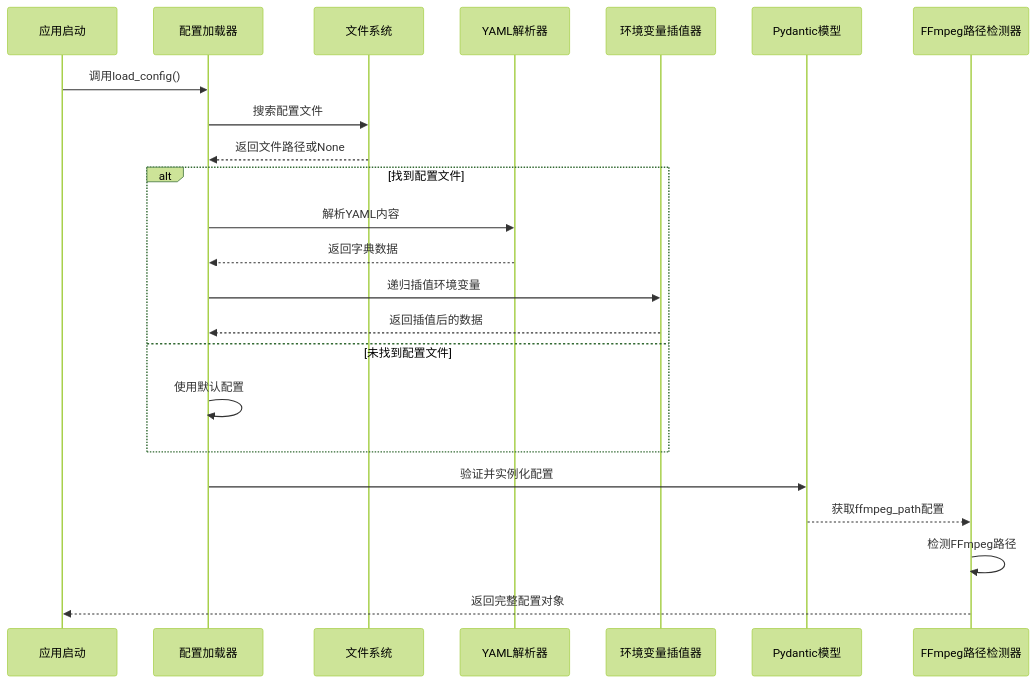
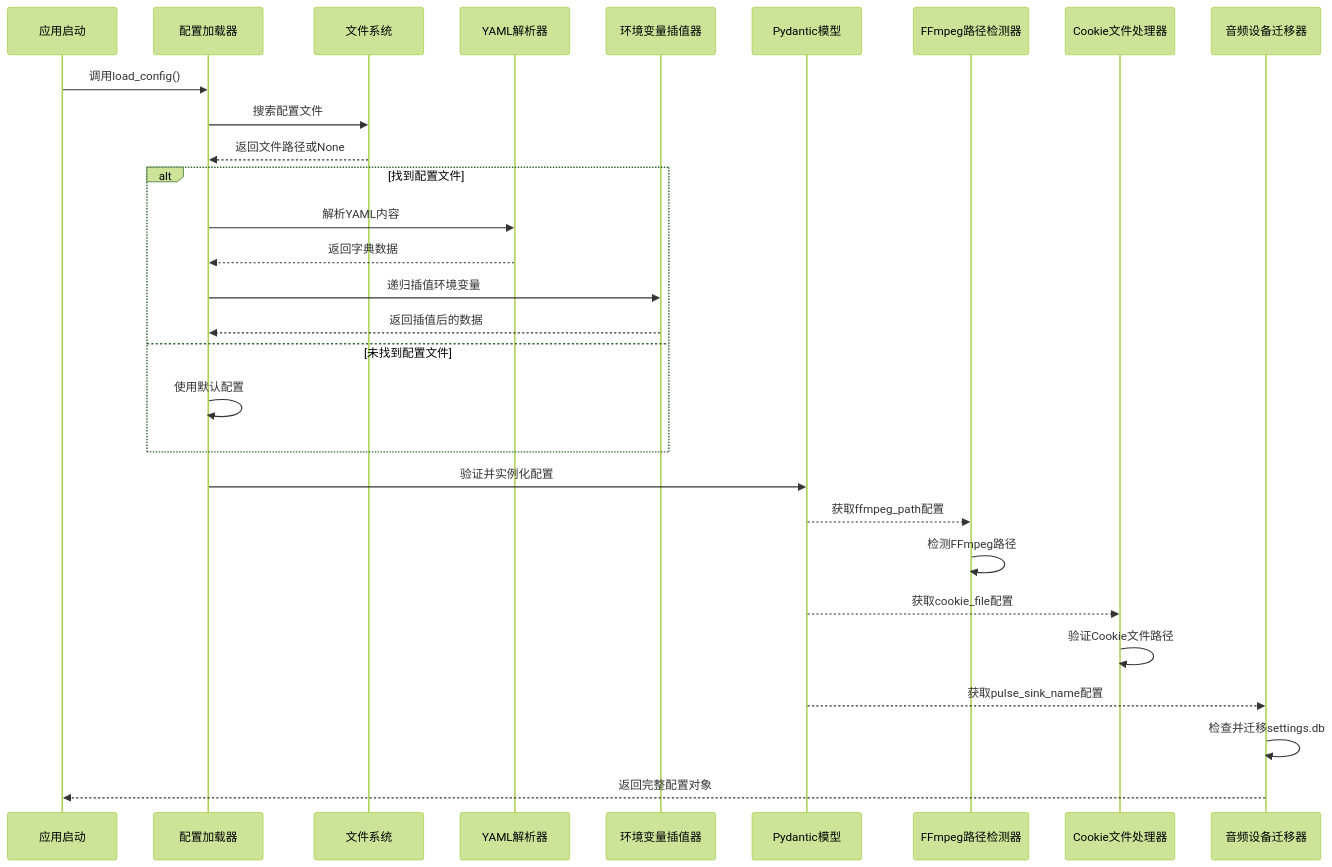
Before and after one commit to GhoulOwl/Teamspeak3_Bot: the fifth of 9 diagrams in .qoder/repowiki/zh/content/配置管理.md, drawn with Mermaid (forest theme). The commit also changed other lines of this file and 13 other files, not shown here.

````diff
--- a/.qoder/repowiki/zh/content/配置管理.md
+++ b/.qoder/repowiki/zh/content/配置管理.md
@@ -243,25 +277,31 @@
 ```mermaid
 sequenceDiagram
 participant App as 应用启动
 participant Loader as 配置加载器
 participant FS as 文件系统
 participant YAML as YAML解析器
 participant Interp as 环境变量插值器
 participant Model as Pydantic模型
 participant Detector as FFmpeg路径检测器
+participant CookieProc as Cookie文件处理器
+participant Migration as 音频设备迁移器
 App->>Loader : 调用load_config()
 Loader->>FS : 搜索配置文件
 FS-->>Loader : 返回文件路径或None
 alt 找到配置文件
 Loader->>YAML : 解析YAML内容
 YAML-->>Loader : 返回字典数据
 Loader->>Interp : 递归插值环境变量
 Interp-->>Loader : 返回插值后的数据
 else 未找到配置文件
 Loader->>Loader : 使用默认配置
 end
 Loader->>Model : 验证并实例化配置
 Model-->>Detector : 获取ffmpeg_path配置
 Detector->>Detector : 检测FFmpeg路径
-Detector-->>App : 返回完整配置对象
+Model-->>CookieProc : 获取cookie_file配置
+CookieProc->>CookieProc : 验证Cookie文件路径
+Model-->>Migration : 获取pulse_sink_name配置
+Migration->>Migration : 检查并迁移settings.db
+Migration-->>App : 返回完整配置对象
 ```
````
